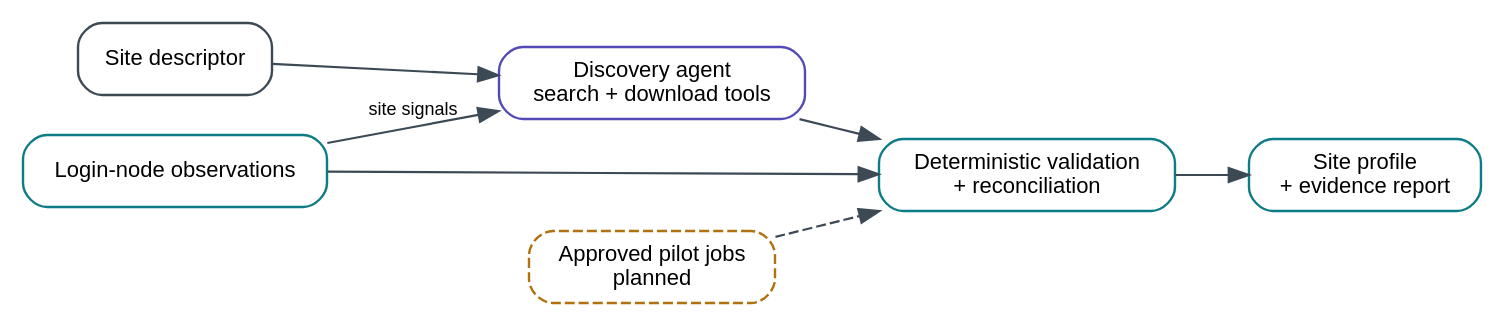
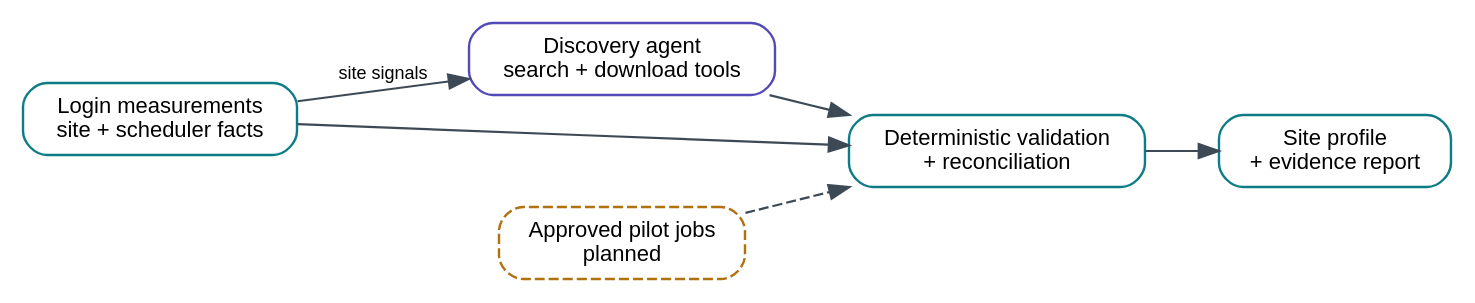
Before and after one commit to floability/hpc-site-preflight: the diagram in docs/figures/construct.dot, drawn with Graphviz. The commit also changed 53 other files, not shown here.

```diff
--- a/docs/figures/construct.dot
+++ b/docs/figures/construct.dot
@@ -1,22 +1,20 @@
-// High-level site-profile construction. Reviewed 2026-07-21.
+// High-level site-profile construction. Reviewed 2026-07-23.
 digraph construct {
   rankdir=LR;
   bgcolor="white";
   node [shape=box, style="rounded,filled", fontname="Helvetica", fontsize=11,
         fillcolor="white", color="#3D4A56", penwidth=1.2];
   edge [fontname="Helvetica", fontsize=9, color="#3D4A56", penwidth=1.1];
 
-  site [label="Site descriptor"];
-  measure [label="Login-node observations", color="#0E7C86"];
+  measure [label="Login measurements\nsite + scheduler facts", color="#0E7C86"];
   docs [label="Discovery agent\nsearch + download tools", color="#534AB7"];
   pilots [label="Approved pilot jobs\nplanned", color="#B0710E", style="rounded,dashed"];
   construct [label="Deterministic validation\n+ reconciliation", color="#0E7C86"];
   output [label="Site profile\n+ evidence report", color="#0E7C86"];
 
-  site -> docs;
   measure -> docs [label="site signals"];
   measure -> construct;
   docs -> construct;
   pilots -> construct [style=dashed];
   construct -> output;
 }
```
